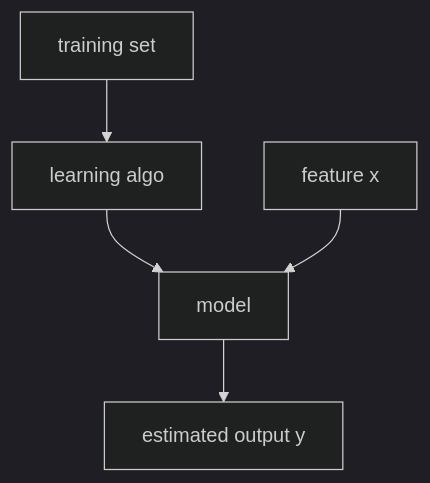
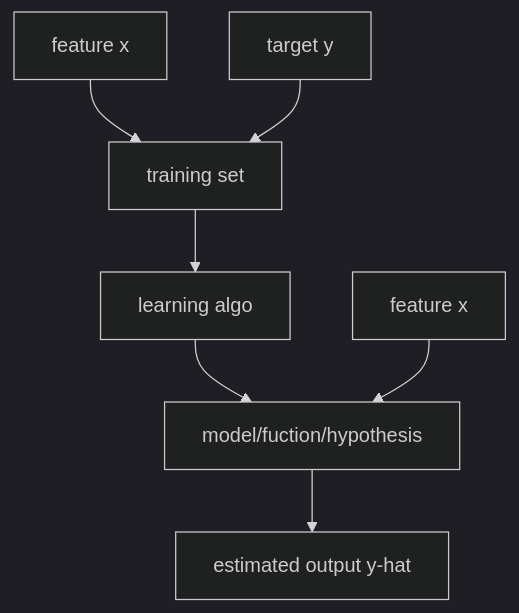
The diagram in regression.md (turkosaurus/ml), drawn with Mermaid (dark theme) before and after one commit. The commit also changed other lines of this file and 3 other files, not shown here.

````diff
--- a/regression.md
+++ b/regression.md
@@ -26,6 +29,8 @@
 ```mermaid
 graph TD
+    fx[feature x] --> t
+    ty[target y] --> t
     t[training set] --> a[learning algo]
-    a --> m[model]
-    x[feature x] --> m --> y[estimated output y]
+    a --> mf[model/fuction/hypothesis]
+    x[feature x] --> mf --> y[estimated output y-hat]
 ```
````
